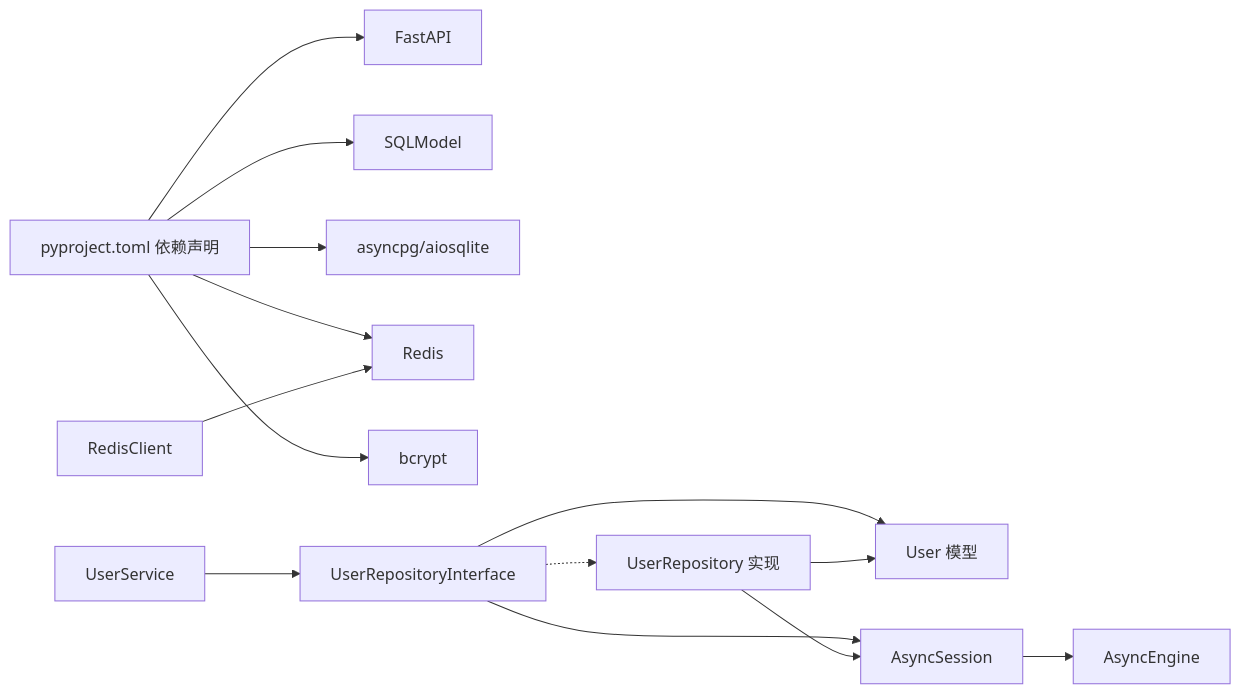
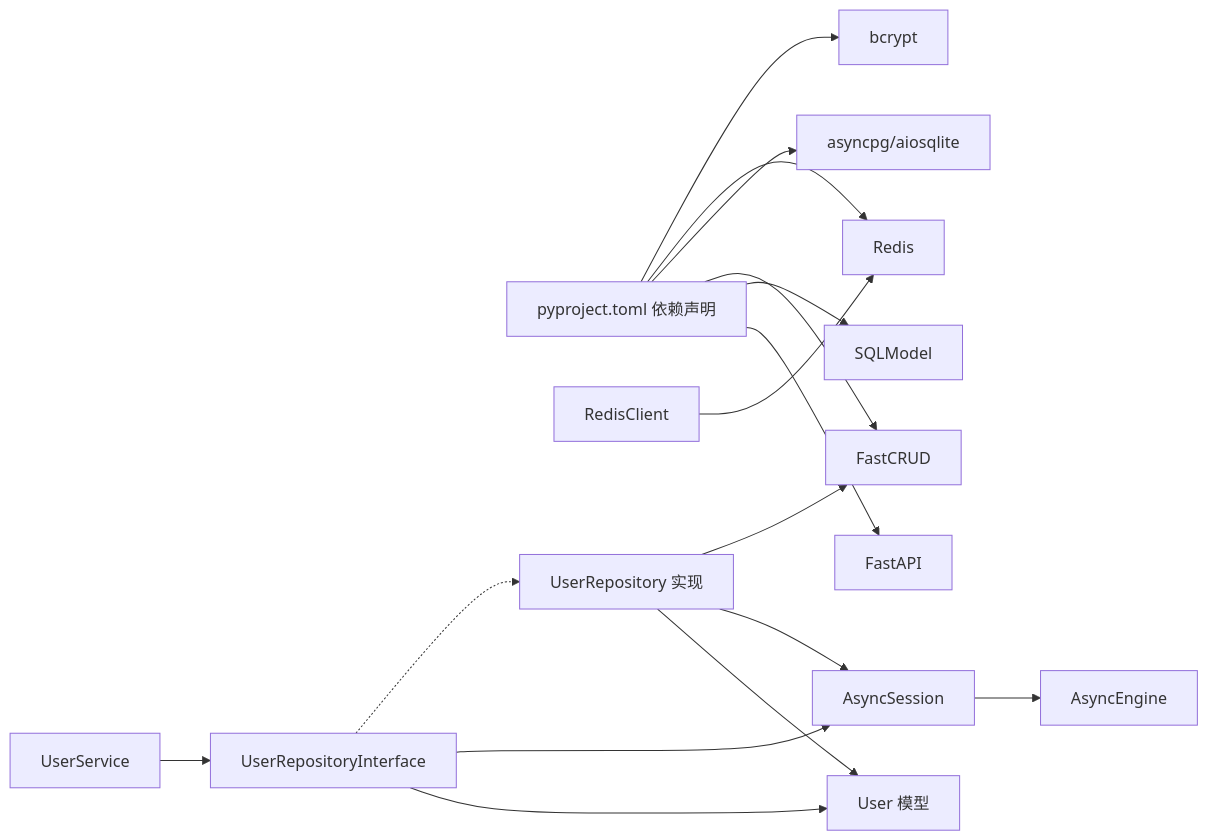
One commit to taoweidong/Hello-FastApi changed the fifth of 5 diagrams in .qoder/repowiki/zh/content/用户管理系统/用户仓储层.md. Above: the diagram before and after it, drawn with Mermaid. The commit also changed other lines of this file and 61 other files, not shown here.

````diff
--- a/.qoder/repowiki/zh/content/用户管理系统/用户仓储层.md
+++ b/.qoder/repowiki/zh/content/用户管理系统/用户仓储层.md
@@ -312,16 +339,18 @@
 ```mermaid
 graph LR
 PY["pyproject.toml 依赖声明"] --> FA["FastAPI"]
 PY --> SM["SQLModel"]
+PY --> FC["FastCRUD"]
 PY --> AP["asyncpg/aiosqlite"]
 PY --> RS["Redis"]
 PY --> BC["bcrypt"]
 USVC["UserService"] --> UREP["UserRepositoryInterface"]
 UREP --> SMOD["User 模型"]
 UREP --> AS["AsyncSession"]
 AS --> ENG["AsyncEngine"]
 RSCL["RedisClient"] --> RS
 UREP -.-> UREPI["UserRepository 实现"]
 UREPI --> SMOD
 UREPI --> AS
+UREPI --> FC
 ```
````
